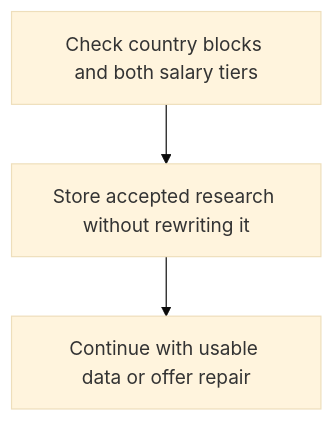
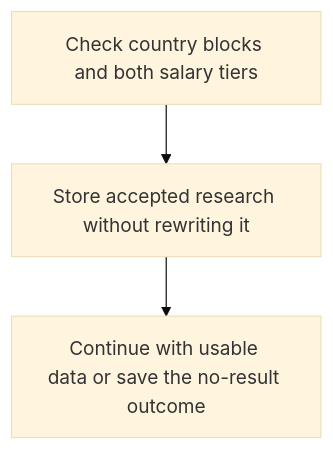
One commit to myowinthein/agent-compass changed the diagram in docs/commands/salary-calculator/step2-data-validation.md. Above: the diagram before and after it, drawn with Mermaid (base theme). The commit also changed other lines of this file and 25 other files, not shown here.

````diff
--- a/docs/commands/salary-calculator/step2-data-validation.md
+++ b/docs/commands/salary-calculator/step2-data-validation.md
@@ -19,5 +19,5 @@
 ```mermaid
 flowchart TD
   Check["Check country blocks and both salary tiers"] --> Save["Store accepted research without rewriting it"]
-  Save --> Next["Continue with usable data or offer repair"]
+  Save --> Next["Continue with usable data or save the no-result outcome"]
 ```
````
